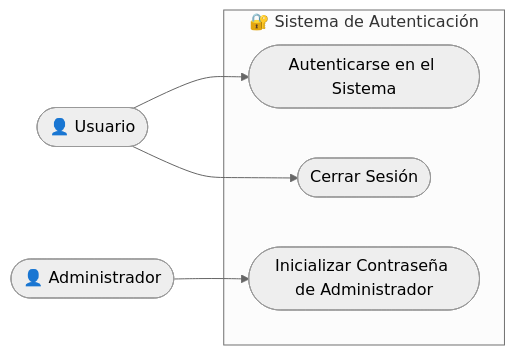
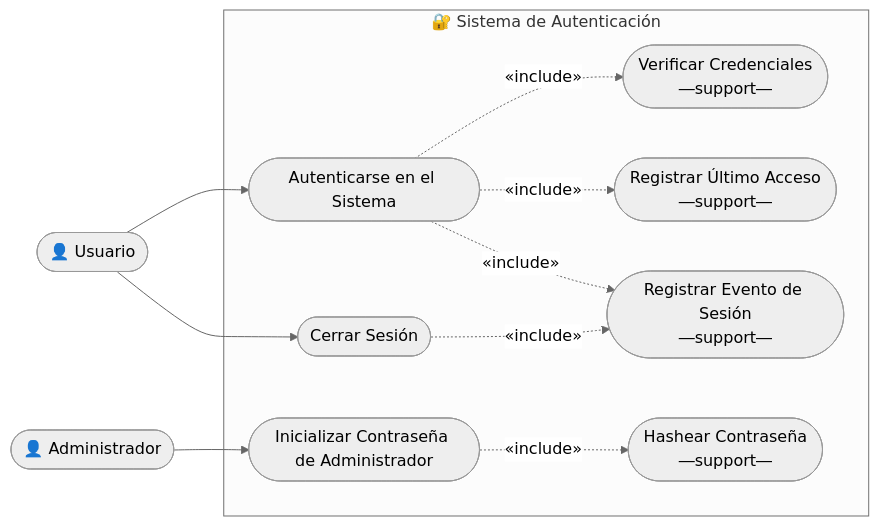
One commit to nahuk86/tp_diploma_nk_2026 changed the first of 11 diagrams in Documentation/UML_Diagrams/23_Use_Case_Diagrams.md. Above: the diagram before and after it, drawn with Mermaid (neutral theme). The commit also changed other lines of this file, not shown here.

Commit message:
docs: add missing include/extend/uses relationships to UML use case diagrams

````diff
--- a/Documentation/UML_Diagrams/23_Use_Case_Diagrams.md
+++ b/Documentation/UML_Diagrams/23_Use_Case_Diagrams.md
@@ -23,15 +33,25 @@
 ```mermaid
 flowchart LR
     usuario(["👤 Usuario"])
     admin(["👤 Administrador"])
 
     subgraph LOGIN["🔐 Sistema de Autenticación"]
         uc1(["Autenticarse en el Sistema"])
         uc2(["Cerrar Sesión"])
         uc3(["Inicializar Contraseña de Administrador"])
+        ucV(["Verificar Credenciales\n―support―"])
+        ucU(["Registrar Último Acceso\n―support―"])
+        ucH(["Hashear Contraseña\n―support―"])
+        ucR(["Registrar Evento de Sesión\n―support―"])
     end
 
     usuario --> uc1
     usuario --> uc2
     admin --> uc3
+
+    uc1 -.->|"«include»"| ucV
+    uc1 -.->|"«include»"| ucU
+    uc1 -.->|"«include»"| ucR
+    uc2 -.->|"«include»"| ucR
+    uc3 -.->|"«include»"| ucH
 ```
````
